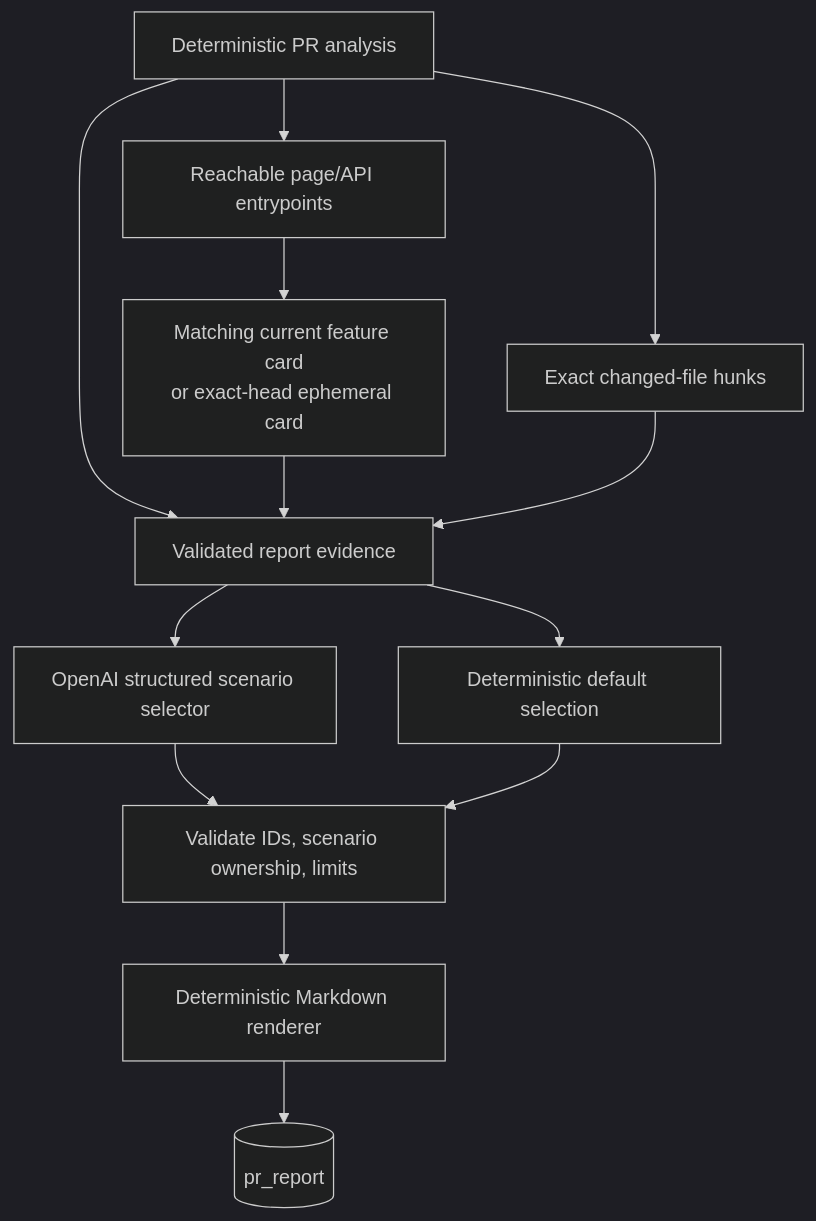
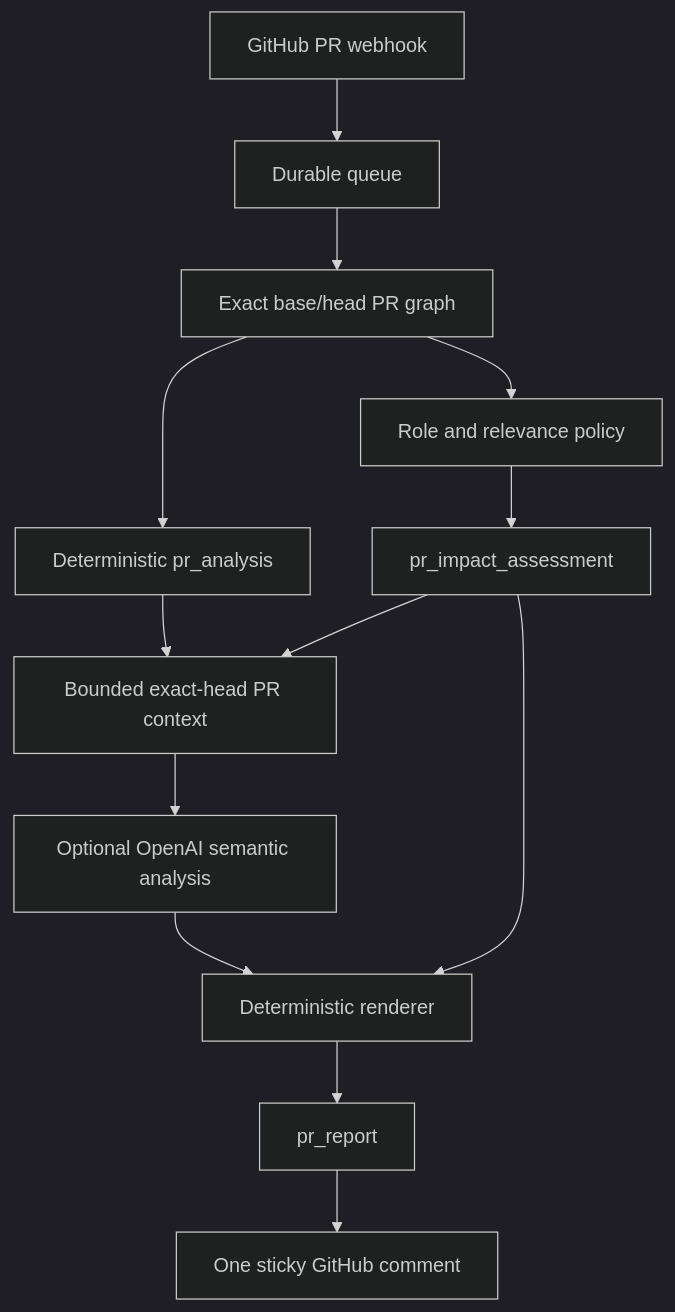
One commit to naeemdadi/impact-analysis changed the first of 2 diagrams in docs/ARCHITECTURE.md. Above: the diagram before and after it, drawn with Mermaid (dark theme). The commit also changed other lines of this file and 72 other files, not shown here.

Commit message:
feat: Remove deprecated database migrations and update .env.example for AI assistance. Cleaned up old migration files related to event ingestion, job queue, and PR analysis. Enhanced .env.example to clarify AI assistance settings per repository.

````diff
--- a/docs/ARCHITECTURE.md
+++ b/docs/ARCHITECTURE.md
@@ -417,15 +7,15 @@
 ```mermaid
 flowchart TD
-  A[Deterministic PR analysis] --> E[Validated report evidence]
-  A --> H[Exact changed-file hunks]
-  A --> T[Reachable page/API entrypoints]
-  T --> FC[Matching current feature card\nor exact-head ephemeral card]
-  FC --> E
-  H --> E
-  E --> SEL[OpenAI structured scenario selector]
-  E --> FALLBACK[Deterministic default selection]
-  SEL --> VALIDATE[Validate IDs, scenario ownership, limits]
-  FALLBACK --> VALIDATE
-  VALIDATE --> MD[Deterministic Markdown renderer]
-  MD --> R[(pr_report)]
+  W[GitHub PR webhook] --> Q[Durable queue]
+  Q --> A[Exact base/head PR graph]
+  A --> D[Deterministic pr_analysis]
+  A --> P[Role and relevance policy]
+  P --> I[pr_impact_assessment]
+  D --> C[Bounded exact-head PR context]
+  I --> C
+  C --> L[Optional OpenAI semantic analysis]
+  I --> R[Deterministic renderer]
+  L --> R
+  R --> REP[pr_report]
+  REP --> G[One sticky GitHub comment]
 ```
````
